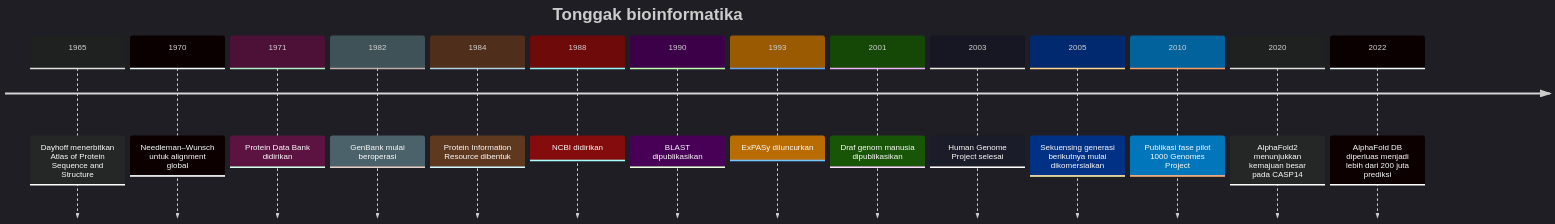
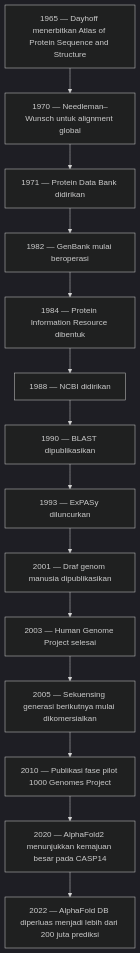
One commit to petrushandika/Bioinformatics changed the diagram in Biology/01-History/README.md. Above: the diagram before and after it, drawn with Mermaid (dark theme). The commit also changed other lines of this file and 29 other files, not shown here.

````diff
--- a/Biology/01-History/README.md
+++ b/Biology/01-History/README.md
@@ -67,18 +88,18 @@
 ```mermaid
-timeline
-    title Tonggak bioinformatika
-    1965 : Dayhoff menerbitkan Atlas of Protein Sequence and Structure
-    1970 : Needleman–Wunsch untuk alignment global
-    1971 : Protein Data Bank didirikan
-    1982 : GenBank mulai beroperasi
-    1984 : Protein Information Resource dibentuk
-    1988 : NCBI didirikan
-    1990 : BLAST dipublikasikan
-    1993 : ExPASy diluncurkan
-    2001 : Draf genom manusia dipublikasikan
-    2003 : Human Genome Project selesai
-    2005 : Sekuensing generasi berikutnya mulai dikomersialkan
-    2010 : Publikasi fase pilot 1000 Genomes Project
-    2020 : AlphaFold2 menunjukkan kemajuan besar pada CASP14
-    2022 : AlphaFold DB diperluas menjadi lebih dari 200 juta prediksi
+flowchart TD
+    Y1965["1965 — Dayhoff menerbitkan Atlas of Protein Sequence and Structure"]
+    Y1970["1970 — Needleman–Wunsch untuk alignment global"]
+    Y1971["1971 — Protein Data Bank didirikan"]
+    Y1982["1982 — GenBank mulai beroperasi"]
+    Y1984["1984 — Protein Information Resource dibentuk"]
+    Y1988["1988 — NCBI didirikan"]
+    Y1990["1990 — BLAST dipublikasikan"]
+    Y1993["1993 — ExPASy diluncurkan"]
+    Y2001["2001 — Draf genom manusia dipublikasikan"]
+    Y2003["2003 — Human Genome Project selesai"]
+    Y2005["2005 — Sekuensing generasi berikutnya mulai dikomersialkan"]
+    Y2010["2010 — Publikasi fase pilot 1000 Genomes Project"]
+    Y2020["2020 — AlphaFold2 menunjukkan kemajuan besar pada CASP14"]
+    Y2022["2022 — AlphaFold DB diperluas menjadi lebih dari 200 juta prediksi"]
+    Y1965 --> Y1970 --> Y1971 --> Y1982 --> Y1984 --> Y1988 --> Y1990 --> Y1993 --> Y2001 --> Y2003 --> Y2005 --> Y2010 --> Y2020 --> Y2022
 ```
````
